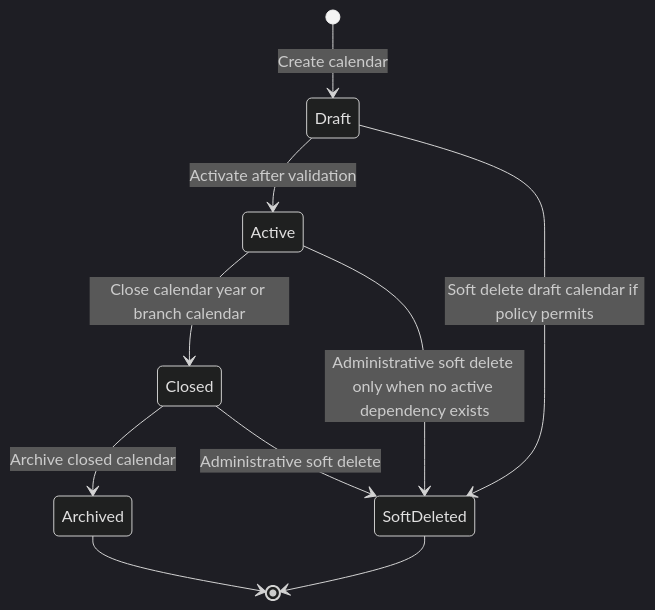
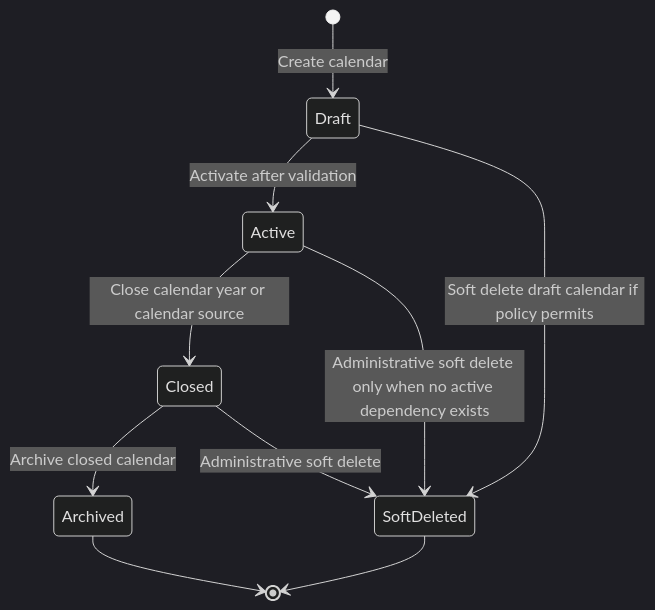
Before and after one commit to needuvazh/ims-v2: the sixth of 9 diagrams in docs/architecture/frd/Module 07 - Scheduling, Calendar & Holiday Management/Part 2 – User Stories, Use Cases, Workflows, State Machines.md, drawn with Mermaid (dark theme). The commit also changed other lines of this file and 201 other files, not shown here.

````diff
--- a/docs/architecture/frd/Module 07 - Scheduling, Calendar & Holiday Management/Part 2 – User Stories, Use Cases, Workflows, State Machines.md
+++ b/docs/architecture/frd/Module 07 - Scheduling, Calendar & Holiday Management/Part 2 – User Stories, Use Cases, Workflows, State Machines.md
@@ -924,12 +923,12 @@
 ```mermaid
 stateDiagram-v2
     [*] --> Draft: Create calendar
     Draft --> Active: Activate after validation
-    Active --> Closed: Close calendar year or branch calendar
+    Active --> Closed: Close calendar year or calendar source
     Closed --> Archived: Archive closed calendar
     Draft --> SoftDeleted: Soft delete draft calendar if policy permits
     Active --> SoftDeleted: Administrative soft delete only when no active dependency exists
     Closed --> SoftDeleted: Administrative soft delete
     Archived --> [*]
     SoftDeleted --> [*]
 ```
````
